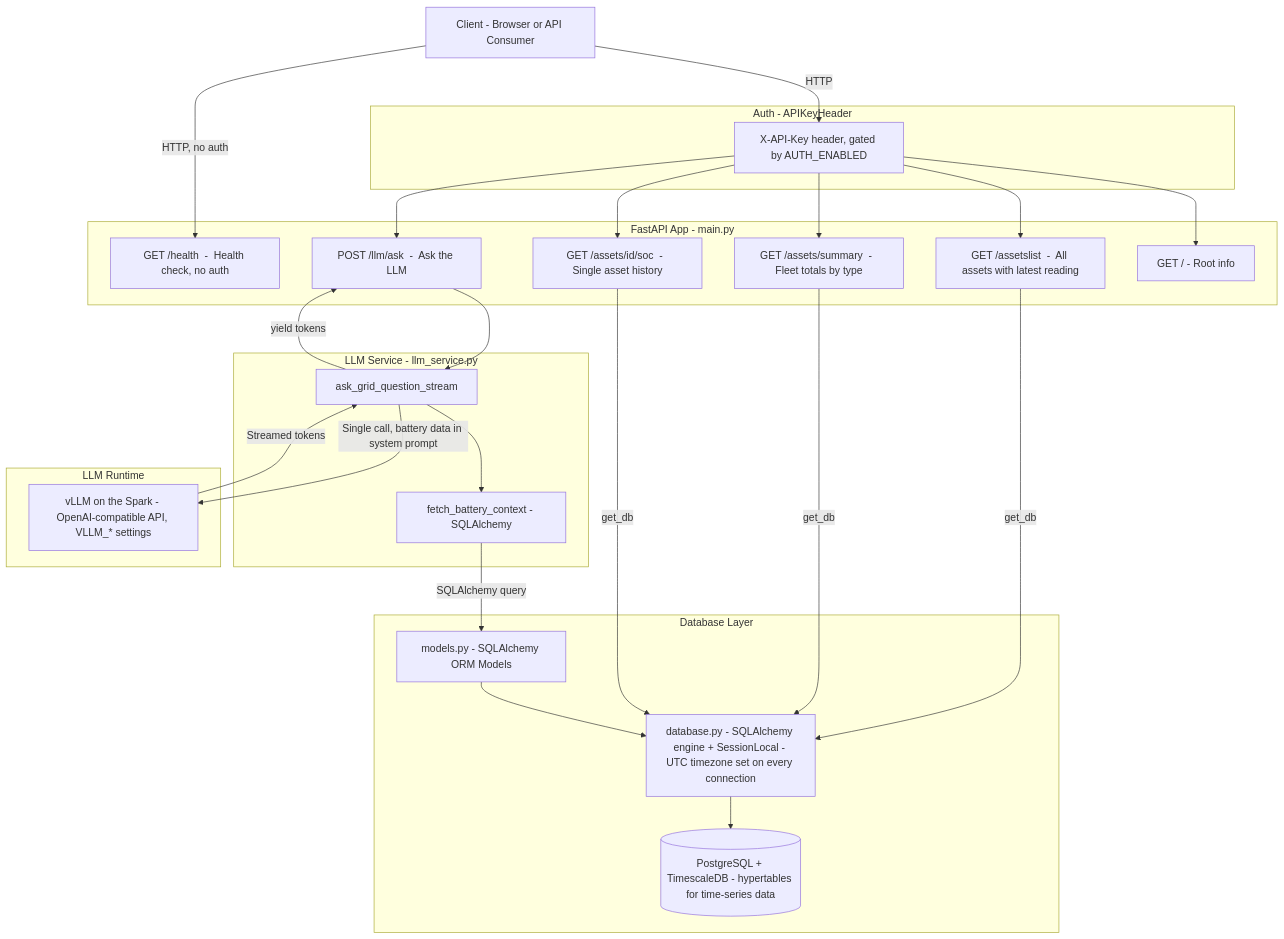
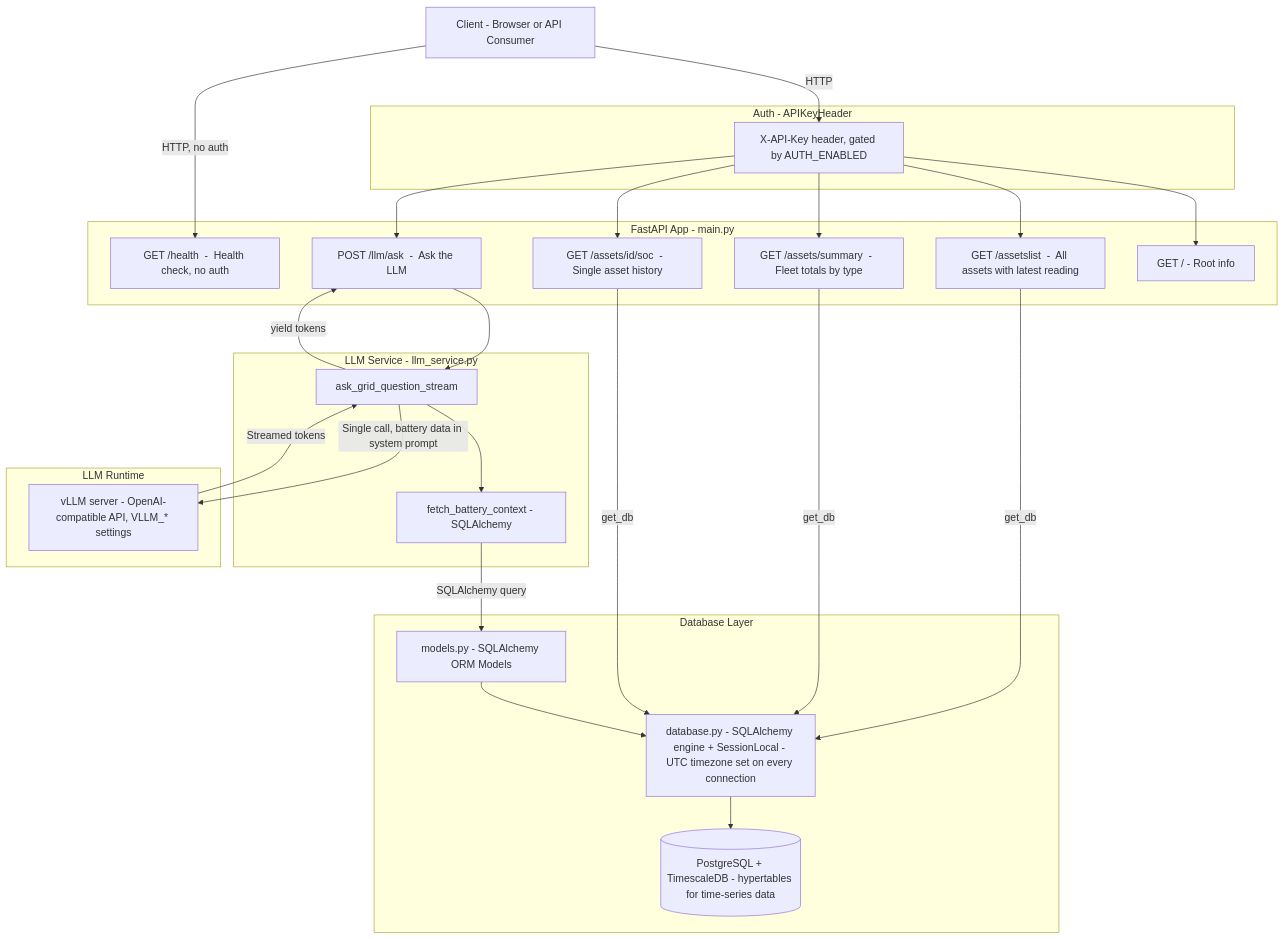
Before and after one commit to OpenFoundationRenewableOperationGrids/rada-backend: the second of 3 diagrams in README.md, drawn with Mermaid. The commit also changed other lines of this file and 1 other file, not shown here.

Commit message:
Use generic vLLM server wording instead of Spark/home server

````diff
--- a/README.md
+++ b/README.md
@@ -74,53 +74,53 @@
 ```mermaid
 graph TB
     Client["Client - Browser or API Consumer"]
 
     subgraph Backend ["FastAPI App - main.py"]
         Root["GET /  -  Root info"]
         Health["GET /health  -  Health check, no auth"]
         AssetsList["GET /assetslist  -  All assets with latest reading"]
         Summary["GET /assets/summary  -  Fleet totals by type"]
         Detail["GET /assets/id/soc  -  Single asset history"]
         LLM["POST /llm/ask  -  Ask the LLM"]
     end
 
     subgraph AuthLayer ["Auth - APIKeyHeader"]
         APIKey["X-API-Key header, gated by AUTH_ENABLED"]
     end
 
     subgraph LLMLayer ["LLM Service - llm_service.py"]
         AskStream["ask_grid_question_stream"]
         FetchCtx["fetch_battery_context - SQLAlchemy"]
     end
 
     subgraph DB ["Database Layer"]
         Database["database.py - SQLAlchemy engine + SessionLocal - UTC timezone set on every connection"]
         Models["models.py - SQLAlchemy ORM Models"]
         TSDB[("PostgreSQL + TimescaleDB - hypertables for time-series data")]
     end
 
     subgraph AI ["LLM Runtime"]
-        VLLM["vLLM on the Spark - OpenAI-compatible API, VLLM_* settings"]
+        VLLM["vLLM server - OpenAI-compatible API, VLLM_* settings"]
     end
 
     Client -->|HTTP| APIKey
     APIKey --> Root
     APIKey --> AssetsList
     APIKey --> Summary
     APIKey --> Detail
     APIKey --> LLM
     Client -->|HTTP, no auth| Health
 
     AssetsList -->|get_db| Database
     Summary -->|get_db| Database
     Detail -->|get_db| Database
     Database --> TSDB
 
     LLM --> AskStream
     AskStream --> FetchCtx
     FetchCtx -->|SQLAlchemy query| Models
     Models --> Database
     AskStream -->|Single call, battery data in system prompt| VLLM
     VLLM -->|Streamed tokens| AskStream
     AskStream -->|yield tokens| LLM
 ```
````
